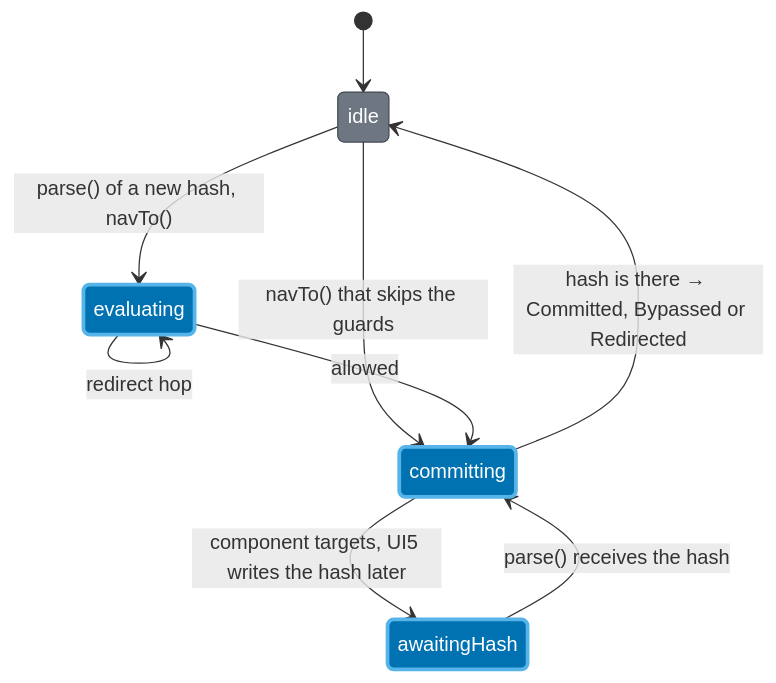
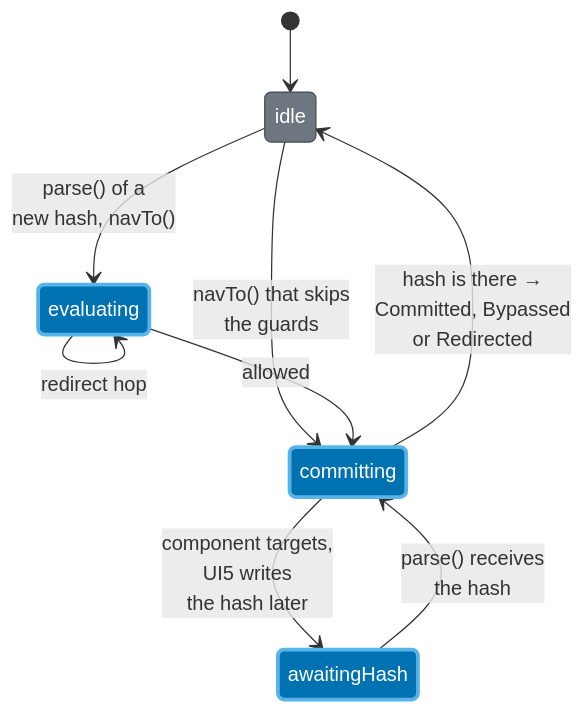
The ninth of 10 diagrams in docs/reference/architecture.md (wridgeu/ui5-lib-guard-router), drawn with Mermaid before and after one commit. The commit also changed other lines of this file and 12 other files, not shown here.

````diff
--- a/docs/reference/architecture.md
+++ b/docs/reference/architecture.md
@@ -1251,16 +1271,16 @@
 ```mermaid
 stateDiagram-v2
     [*] --> idle
-    idle --> evaluating: parse() of a new hash, navTo()
-    idle --> committing: navTo() that skips the guards
+    idle --> evaluating: parse() of a<br/>new hash, navTo()
+    idle --> committing: navTo() that skips<br/>the guards
     evaluating --> evaluating: redirect hop
     evaluating --> committing: allowed
-    committing --> awaitingHash: component targets, UI5 writes the hash later
-    awaitingHash --> committing: parse() receives the hash
-    committing --> idle: hash is there → Committed, Bypassed or Redirected
+    committing --> awaitingHash: component targets,<br/>UI5 writes<br/>the hash later
+    awaitingHash --> committing: parse() receives<br/>the hash
+    committing --> idle: hash is there →<br/>Committed, Bypassed<br/>or Redirected
 
     classDef native fill:#6e7781,stroke:#424a53,color:#ffffff
     classDef added fill:#0072B2,stroke:#56B4E9,stroke-width:3px,color:#ffffff
     class idle native
     class evaluating,committing,awaitingHash added
 ```
````
